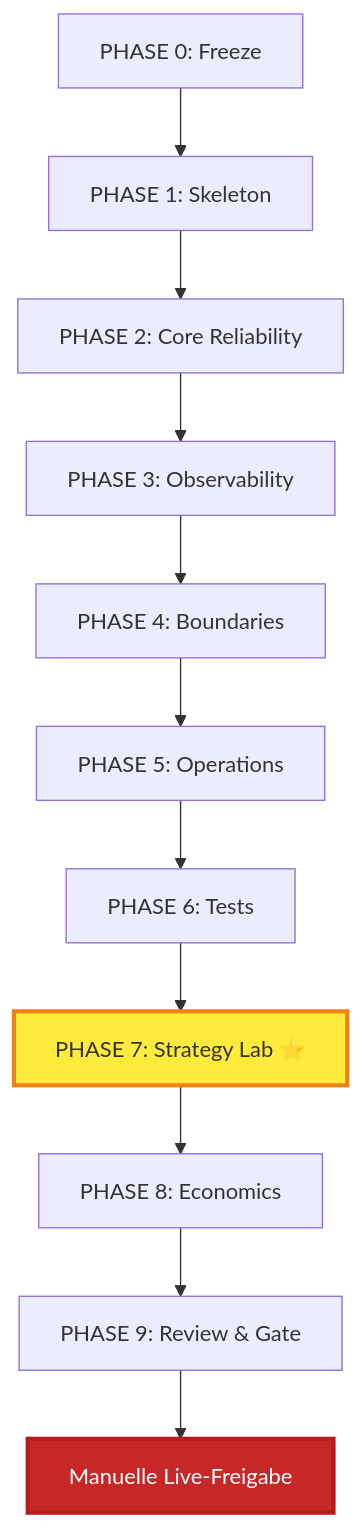
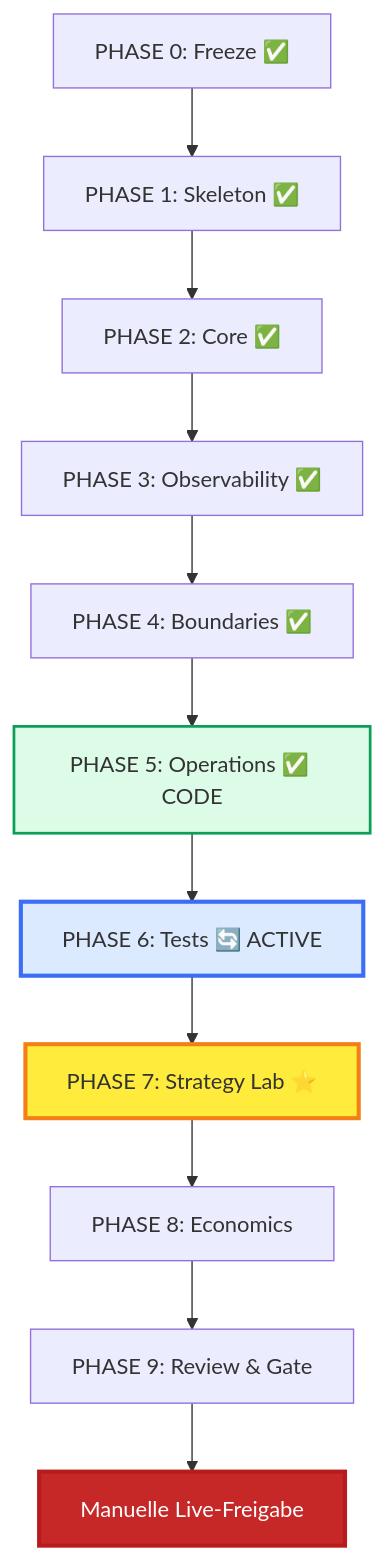
One commit to dpxyz/pecz changed the diagram in forward_v5/docs/site/docs/phases.md. Above: the diagram before and after it, drawn with Mermaid. The commit also changed other lines of this file and 3 other files, not shown here.

````diff
--- a/forward_v5/docs/site/docs/phases.md
+++ b/forward_v5/docs/site/docs/phases.md
@@ -7,16 +10,18 @@
 ```mermaid
 graph TD
-    P0[PHASE 0: Freeze] --> P1[PHASE 1: Skeleton]
-    P1 --> P2[PHASE 2: Core Reliability]
-    P2 --> P3[PHASE 3: Observability]
-    P3 --> P4[PHASE 4: Boundaries]
-    P4 --> P5[PHASE 5: Operations]
-    P5 --> P6[PHASE 6: Tests]
+    P0[PHASE 0: Freeze ✅] --> P1[PHASE 1: Skeleton ✅]
+    P1 --> P2[PHASE 2: Core ✅]
+    P2 --> P3[PHASE 3: Observability ✅]
+    P3 --> P4[PHASE 4: Boundaries ✅]
+    P4 --> P5[PHASE 5: Operations ✅ CODE]
+    P5 --> P6[PHASE 6: Tests 🔄 ACTIVE]
     P6 --> P7[PHASE 7: Strategy Lab ⭐]
     P7 --> P8[PHASE 8: Economics]
     P8 --> P9[PHASE 9: Review & Gate]
     P9 --> LIVE[Manuelle Live-Freigabe]
     
+    style P5 fill:#dcfce7,stroke:#0d9e56,stroke-width:2px
+    style P6 fill:#dbeafe,stroke:#3b6df6,stroke-width:3px
     style P7 fill:#ffeb3b,stroke:#f57f17,stroke-width:3px
     style LIVE fill:#c62828,stroke:#b71c1c,stroke-width:3px,color:#fff
 ```
````
